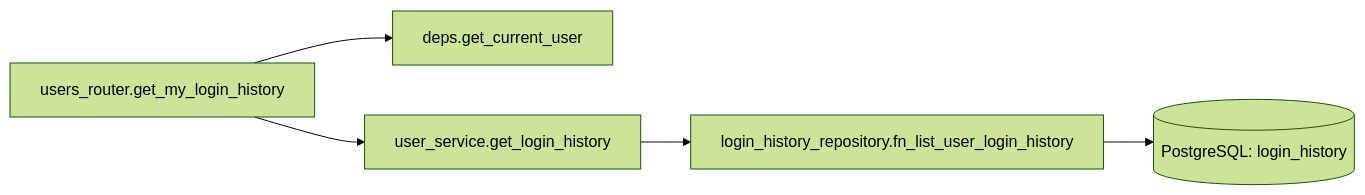
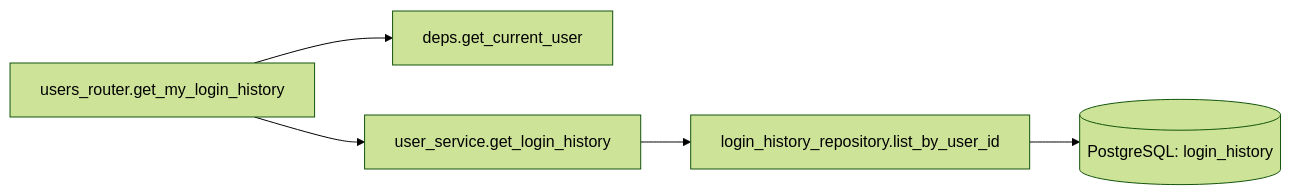
One commit to oikawa-d/task_management changed the third of 4 diagrams in docs/detailed_design/api/users/04_get_users_me_login_history.md. Above: the diagram before and after it, drawn with Mermaid (forest theme). The commit also changed other lines of this file and 4 other files, not shown here.

````diff
--- a/docs/detailed_design/api/users/04_get_users_me_login_history.md
+++ b/docs/detailed_design/api/users/04_get_users_me_login_history.md
@@ -179,7 +179,7 @@
 ```mermaid
 flowchart LR
     R["users_router.get_my_login_history"] --> DEP["deps.get_current_user"]
     R --> S["user_service.get_login_history"]
-    S --> LRP["login_history_repository.fn_list_user_login_history"]
+    S --> LRP["login_history_repository.list_by_user_id"]
     LRP --> PG[("PostgreSQL: login_history")]
 ```
````
